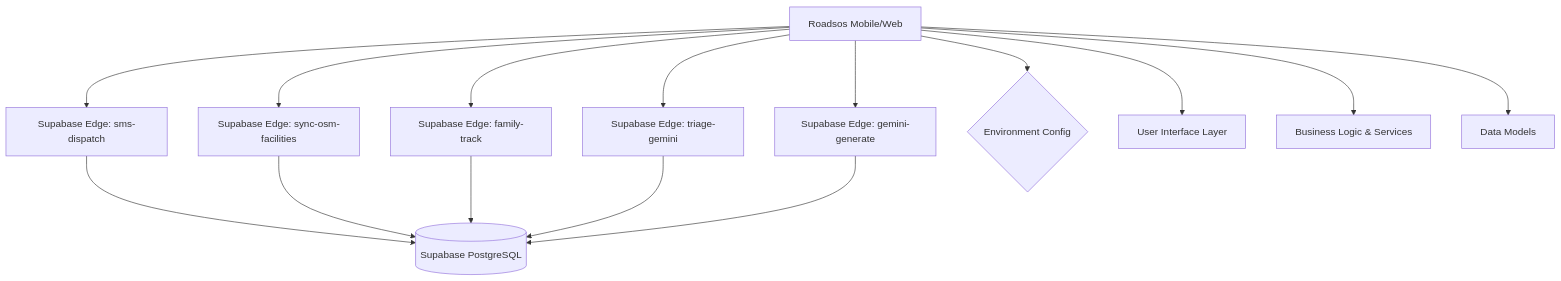
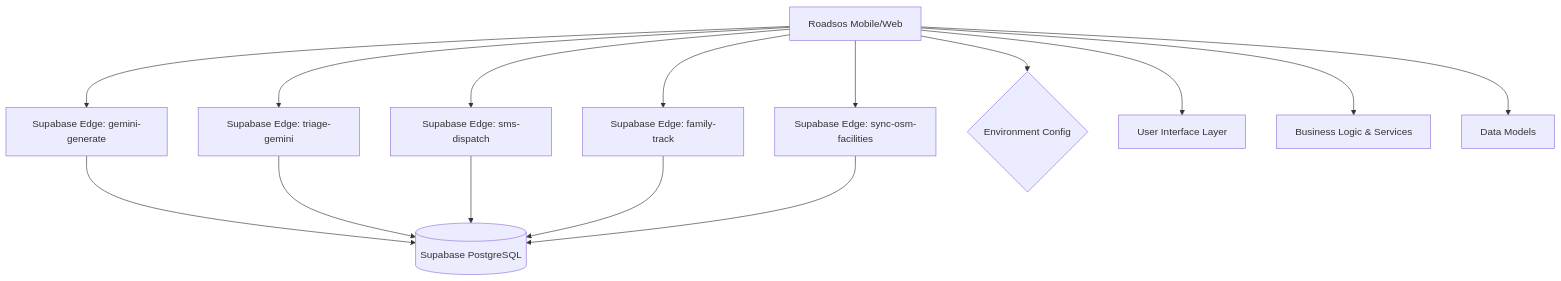
The first of 2 diagrams in docs/architecture/architecture.md (NITISH-R-G/RoadSOS), drawn with Mermaid before and after one commit. The commit also changed other lines of this file and 2 other files, not shown here.

Commit message:
docs: auto-update architecture, diagrams, and README

````diff
--- a/docs/architecture/architecture.md
+++ b/docs/architecture/architecture.md
@@ -5,18 +5,18 @@
 ```mermaid
 graph TD
     Client[Roadsos Mobile/Web] 
+    Client --> Function_gemini_generate[Supabase Edge: gemini-generate]
+    Function_gemini_generate --> SupabaseDB[(Supabase PostgreSQL)]
+    Client --> Function_triage_gemini[Supabase Edge: triage-gemini]
+    Function_triage_gemini --> SupabaseDB[(Supabase PostgreSQL)]
     Client --> Function_sms_dispatch[Supabase Edge: sms-dispatch]
     Function_sms_dispatch --> SupabaseDB[(Supabase PostgreSQL)]
+    Client --> Function_family_track[Supabase Edge: family-track]
+    Function_family_track --> SupabaseDB[(Supabase PostgreSQL)]
     Client --> Function_sync_osm_facilities[Supabase Edge: sync-osm-facilities]
     Function_sync_osm_facilities --> SupabaseDB[(Supabase PostgreSQL)]
-    Client --> Function_family_track[Supabase Edge: family-track]
-    Function_family_track --> SupabaseDB[(Supabase PostgreSQL)]
-    Client --> Function_triage_gemini[Supabase Edge: triage-gemini]
-    Function_triage_gemini --> SupabaseDB[(Supabase PostgreSQL)]
-    Client --> Function_gemini_generate[Supabase Edge: gemini-generate]
-    Function_gemini_generate --> SupabaseDB[(Supabase PostgreSQL)]
     Client --> EnvVars{Environment Config}
     Client --> UI[User Interface Layer]
     Client --> Services[Business Logic & Services]
     Client --> Models[Data Models]
 ```
````
